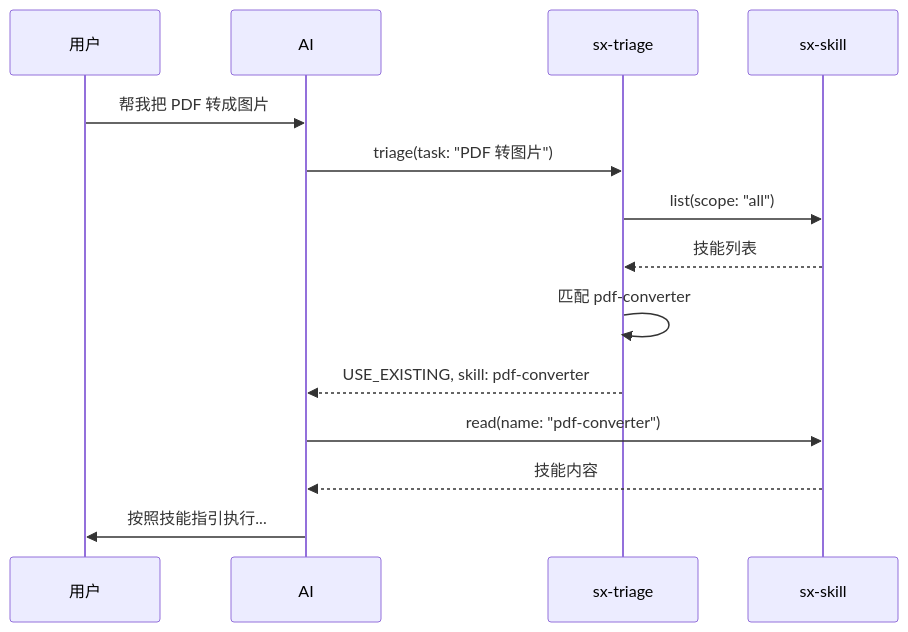
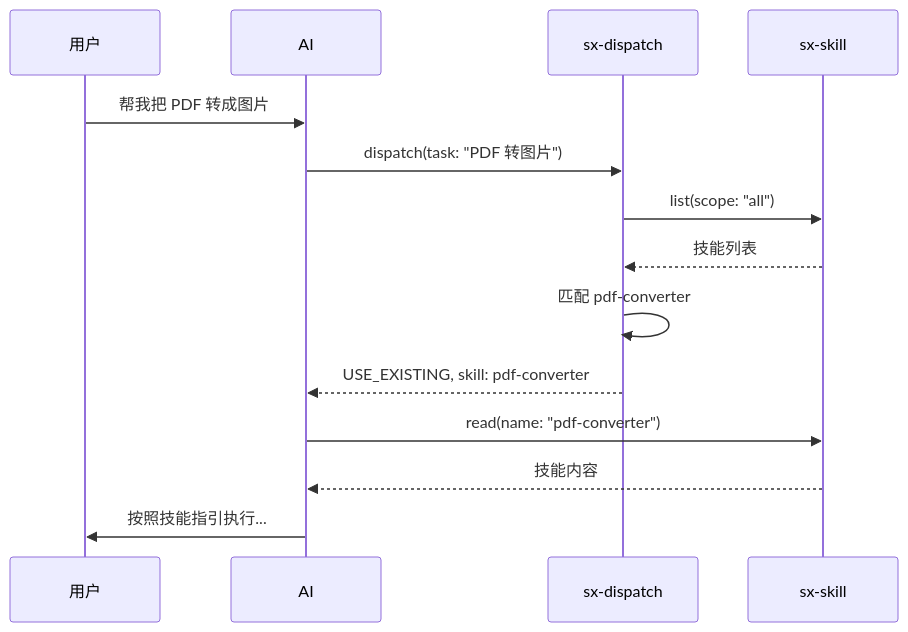
One commit to shetengteng/skillix-mcp changed the ninth of 22 diagrams in design/02-设计/20260114-09-sx-triage设计.md. Above: the diagram before and after it, drawn with Mermaid. The commit also changed other lines of this file and 32 other files, not shown here.

````diff
--- a/design/02-设计/20260114-09-sx-triage设计.md
+++ b/design/02-设计/20260114-09-sx-triage设计.md
@@ -247,17 +247,17 @@
 ```mermaid
 sequenceDiagram
     participant U as 用户
     participant AI as AI
-    participant T as sx-triage
+    participant T as sx-dispatch
     participant S as sx-skill
     
     U->>AI: 帮我把 PDF 转成图片
-    AI->>T: triage(task: "PDF 转图片")
+    AI->>T: dispatch(task: "PDF 转图片")
     T->>S: list(scope: "all")
     S-->>T: 技能列表
     T->>T: 匹配 pdf-converter
     T-->>AI: USE_EXISTING, skill: pdf-converter
     AI->>S: read(name: "pdf-converter")
     S-->>AI: 技能内容
     AI->>U: 按照技能指引执行...
 ```
````
